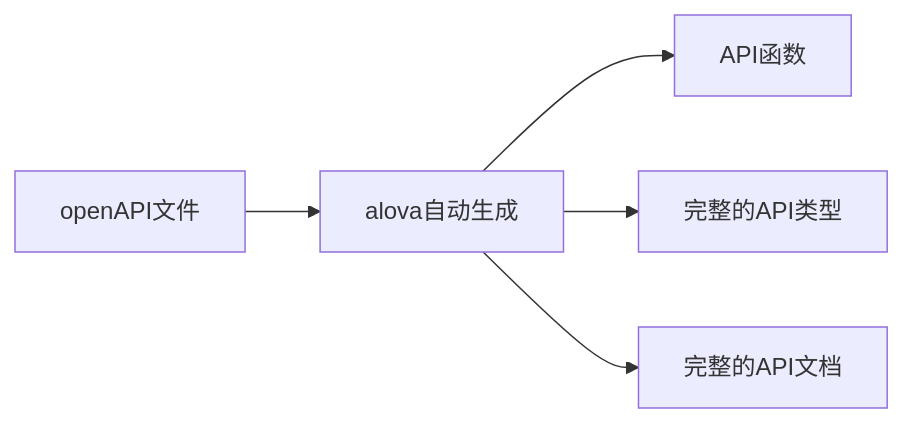
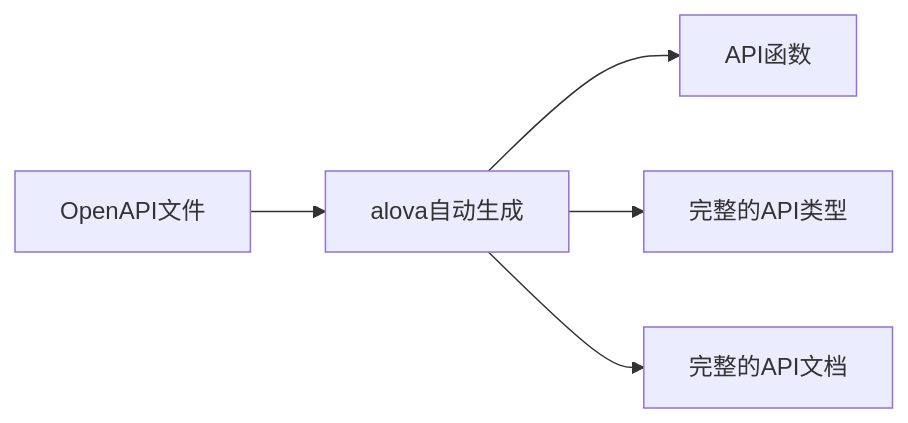
The first of 2 diagrams in i18n/zh-CN/docusaurus-plugin-content-docs/current/tutorial/02-getting-started/09-openapi-integration.md (alovajs/alovajs.github.io), drawn with Mermaid before and after one commit. The commit also changed other lines of this file and 12 other files, not shown here.

````diff
--- a/i18n/zh-CN/docusaurus-plugin-content-docs/current/tutorial/02-getting-started/09-openapi-integration.md
+++ b/i18n/zh-CN/docusaurus-plugin-content-docs/current/tutorial/02-getting-started/09-openapi-integration.md
@@ -11,6 +11,6 @@
 ```mermaid
 flowchart LR
-R1[openAPI文件] --> S1[alova自动生成] --> W1[API函数]
+R1[OpenAPI文件] --> S1[alova自动生成] --> W1[API函数]
 S1[alova自动生成] --> W2[完整的API类型]
 S1[alova自动生成] --> W3[完整的API文档]
 ```
````
